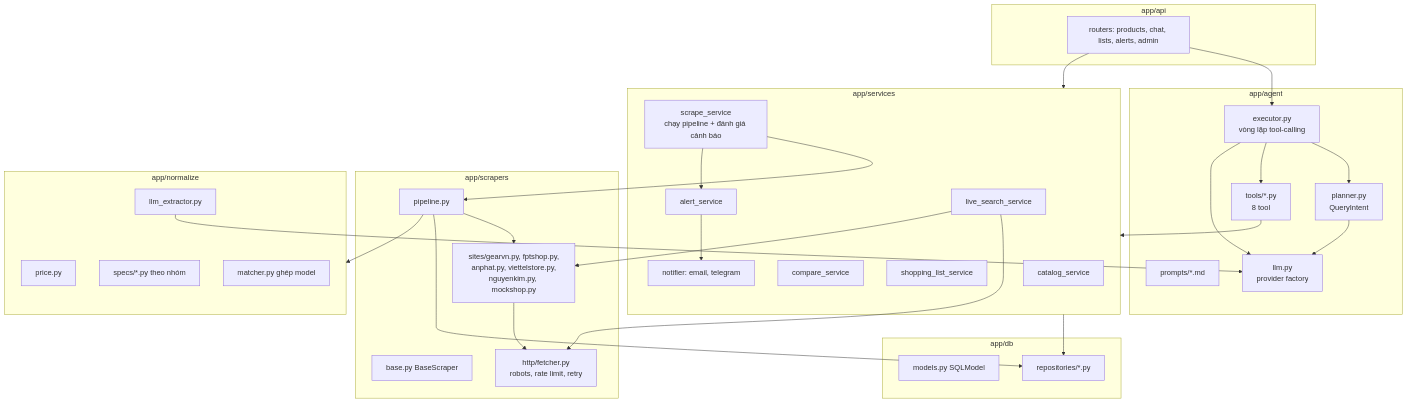
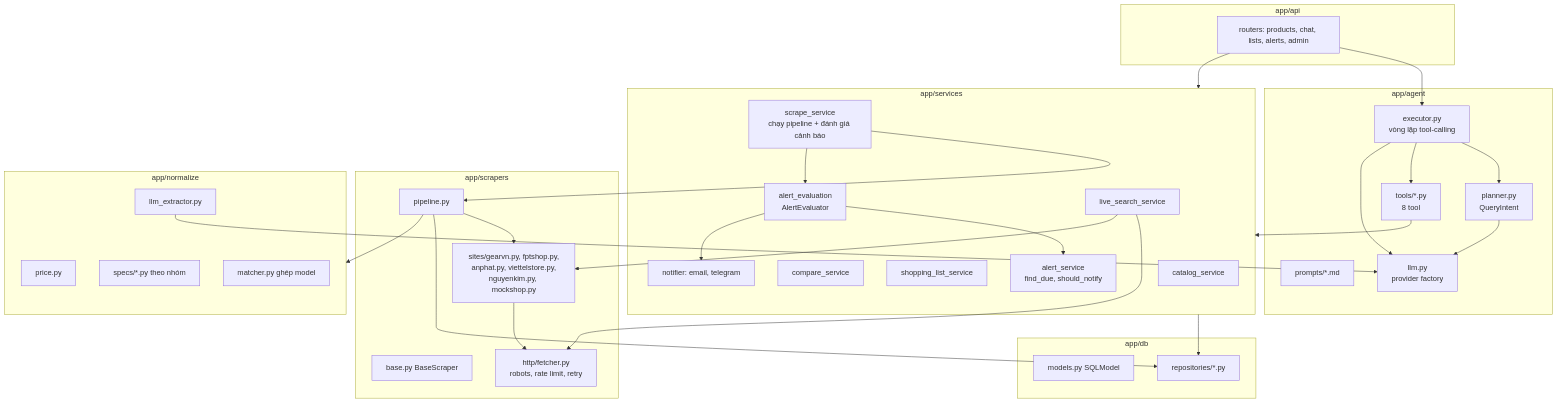
Before and after one commit to VUTIENTHANG2k4/product-buyer-agent: the third of 5 diagrams in docs/03-architecture.md, drawn with Mermaid. The commit also changed other lines of this file and 12 other files, not shown here.

````diff
--- a/docs/03-architecture.md
+++ b/docs/03-architecture.md
@@ -66,56 +66,58 @@
 ```mermaid
 flowchart TB
   subgraph api_layer[app/api]
     routes[routers: products, chat, lists, alerts, admin]
   end
   subgraph agent_layer[app/agent]
     planner[planner.py<br/>QueryIntent]
     executor[executor.py<br/>vòng lặp tool-calling]
     tools[tools/*.py<br/>8 tool]
     prompts[prompts/*.md]
     llmf[llm.py<br/>provider factory]
   end
   subgraph services[app/services]
     catalog[catalog_service]
     compare[compare_service]
     lists[shopping_list_service]
-    alerts[alert_service]
+    alerts[alert_service<br/>find_due, should_notify]
+    evaluator[alert_evaluation<br/>AlertEvaluator]
     live[live_search_service]
     notifier[notifier: email, telegram]
     scrapesvc[scrape_service<br/>chạy pipeline + đánh giá cảnh báo]
   end
   subgraph scraping[app/scrapers]
     base[base.py BaseScraper]
     fetcher[http/fetcher.py<br/>robots, rate limit, retry]
     sites[sites/gearvn.py, fptshop.py,<br/>anphat.py, viettelstore.py,<br/>nguyenkim.py, mockshop.py]
     pipeline[pipeline.py]
   end
   subgraph normalize[app/normalize]
     price[price.py]
     specs[specs/*.py theo nhóm]
     matcher[matcher.py ghép model]
     llmext[llm_extractor.py]
   end
   subgraph data[app/db]
     models[models.py SQLModel]
     repos[repositories/*.py]
   end
   routes --> executor
   routes --> services
   executor --> planner
   executor --> tools
   tools --> services
   planner --> llmf
   executor --> llmf
   services --> repos
   live --> fetcher
   live --> sites
   pipeline --> sites
   sites --> fetcher
   pipeline --> normalize
   pipeline --> repos
   llmext --> llmf
-  alerts --> notifier
+  evaluator --> alerts
+  evaluator --> notifier
   scrapesvc --> pipeline
-  scrapesvc --> alerts
+  scrapesvc --> evaluator
 ```
````
